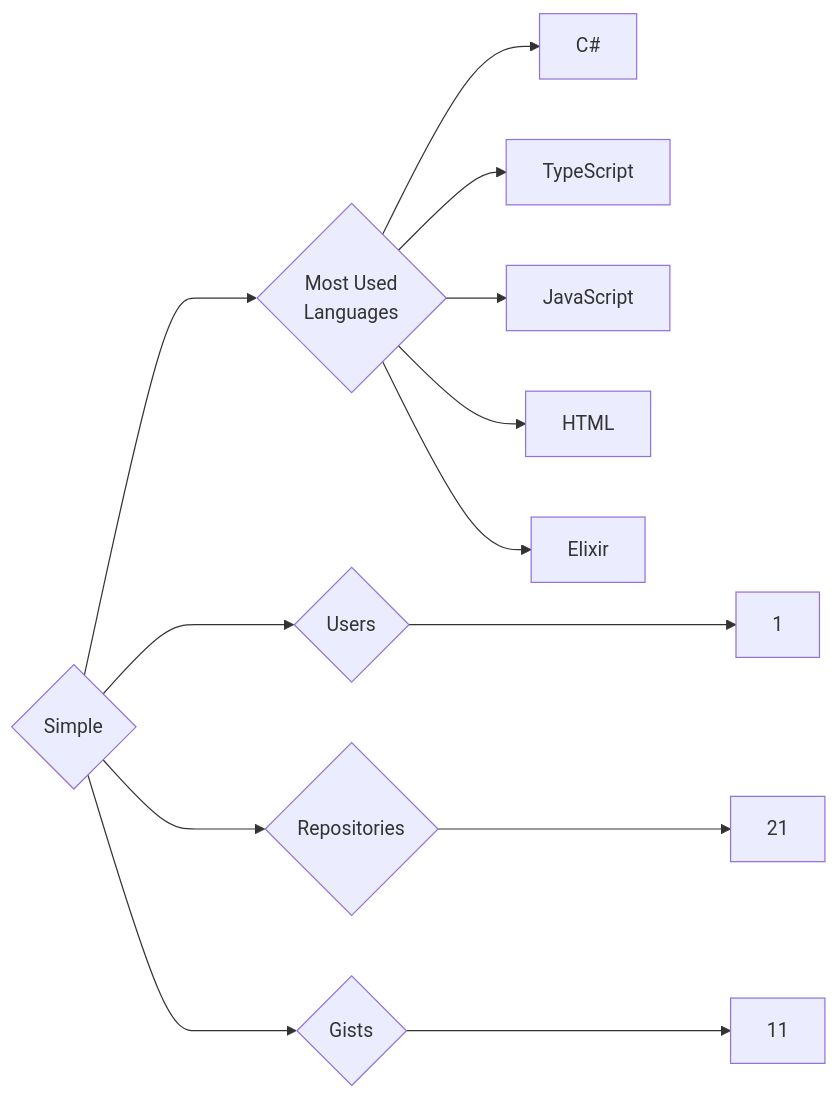
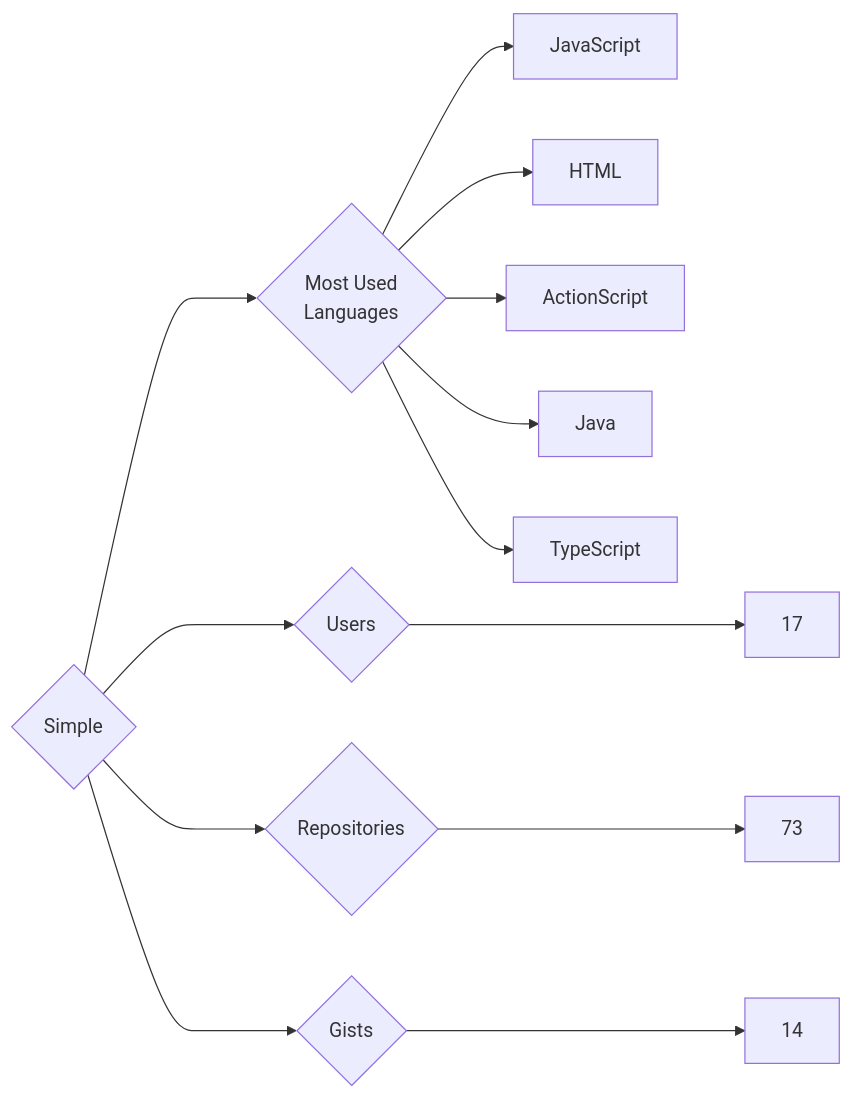
Before and after one commit to trickest/insiders: the diagram in targets/Simple/README.md, drawn with Mermaid. The commit also changed 715 other files, not shown here.

````diff
--- a/targets/Simple/README.md
+++ b/targets/Simple/README.md
@@ -3,13 +3,13 @@
 ```mermaid
 graph LR
 COMPANY_NAME{Simple}
-COMPANY_NAME ---> U{Users} ---> UN[1]
-COMPANY_NAME ---> R{Repositories} ---> RN[21]
-COMPANY_NAME ---> G{Gists} ---> GN[11]
+COMPANY_NAME ---> U{Users} ---> UN[17]
+COMPANY_NAME ---> R{Repositories} ---> RN[73]
+COMPANY_NAME ---> G{Gists} ---> GN[14]
 COMPANY_NAME ---> ML{Most Used<br>Languages}
-ML --> C#[C#]
-ML --> TypeScript[TypeScript]
 ML --> JavaScript[JavaScript]
 ML --> HTML[HTML]
-ML --> Elixir[Elixir]
+ML --> ActionScript[ActionScript]
+ML --> Java[Java]
+ML --> TypeScript[TypeScript]
 ```
````
